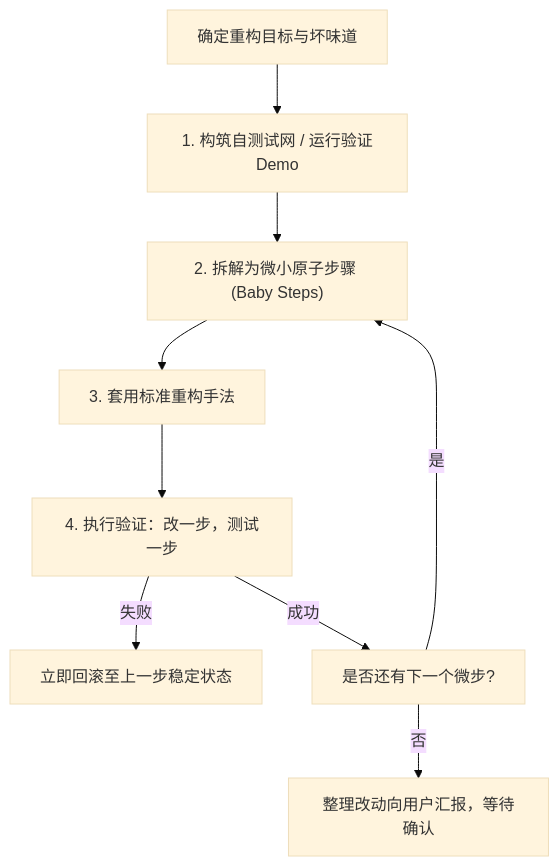
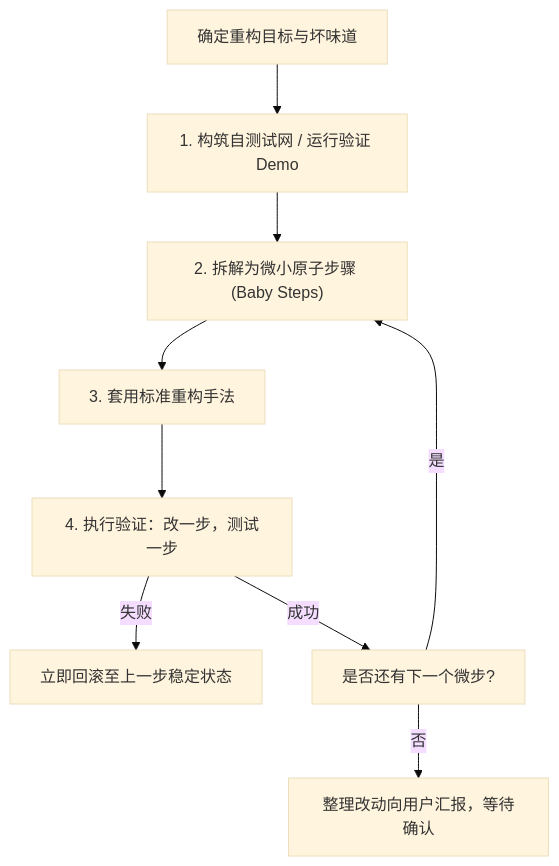
The diagram in .agents/skills/refactoring/SKILL.md (lilucpp/code-craft), drawn with Mermaid (base theme) before and after one commit. The commit also changed other lines of this file and 35 other files, not shown here.

````diff
--- a/.agents/skills/refactoring/SKILL.md
+++ b/.agents/skills/refactoring/SKILL.md
@@ -18,11 +21,11 @@
 ```mermaid
 flowchart TD
-    A["确定重构目标与坏味道"] --> B["1. 构筑自测试网 / 运行验证Demo"]
+    A["确定重构目标与坏味道"] --> B["1. 构筑自测试网 / 运行验证 Demo"]
     B --> C["2. 拆解为微小原子步骤 (Baby Steps)"]
     C --> D["3. 套用标准重构手法"]
     D --> E["4. 执行验证：改一步，测试一步"]
     E -->|失败| F["立即回滚至上一步稳定状态"]
     E -->|成功| G["是否还有下一个微步?"]
     G -->|是| C
     G -->|否| H["整理改动向用户汇报，等待确认"]
 ```
````
